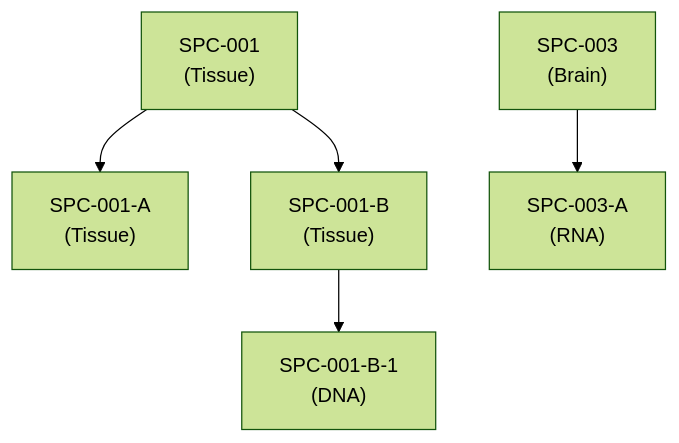
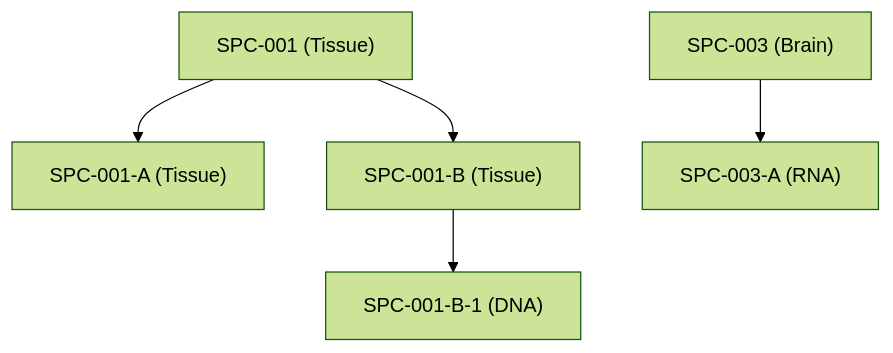
One commit to hakupao/sdtm-pedia changed the diagram in knowledge_base/chapters/ch08_relationships.md. Above: the diagram before and after it, drawn with Mermaid (forest theme). The commit also changed 72 other files, not shown here.

````diff
--- a/knowledge_base/chapters/ch08_relationships.md
+++ b/knowledge_base/chapters/ch08_relationships.md
@@ -241,7 +241,7 @@
 ```mermaid
 graph TD
-    SPC001["SPC-001\n(Tissue)"] --> SPC001A["SPC-001-A\n(Tissue)"]
-    SPC001 --> SPC001B["SPC-001-B\n(Tissue)"]
-    SPC001B --> SPC001B1["SPC-001-B-1\n(DNA)"]
-    SPC003["SPC-003\n(Brain)"] --> SPC003A["SPC-003-A\n(RNA)"]
+    SPC001["SPC-001 (Tissue)"] --> SPC001A["SPC-001-A (Tissue)"]
+    SPC001 --> SPC001B["SPC-001-B (Tissue)"]
+    SPC001B --> SPC001B1["SPC-001-B-1 (DNA)"]
+    SPC003["SPC-003 (Brain)"] --> SPC003A["SPC-003-A (RNA)"]
 ```
````
